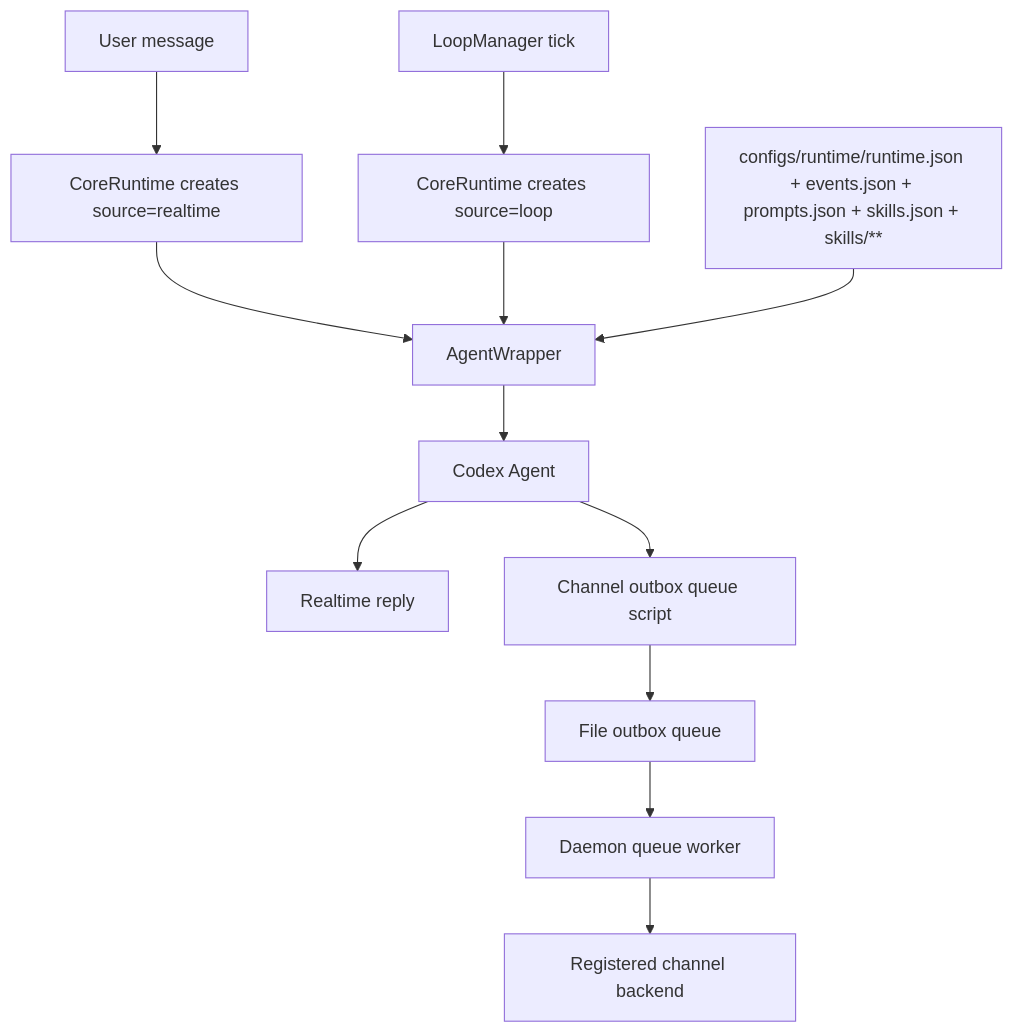
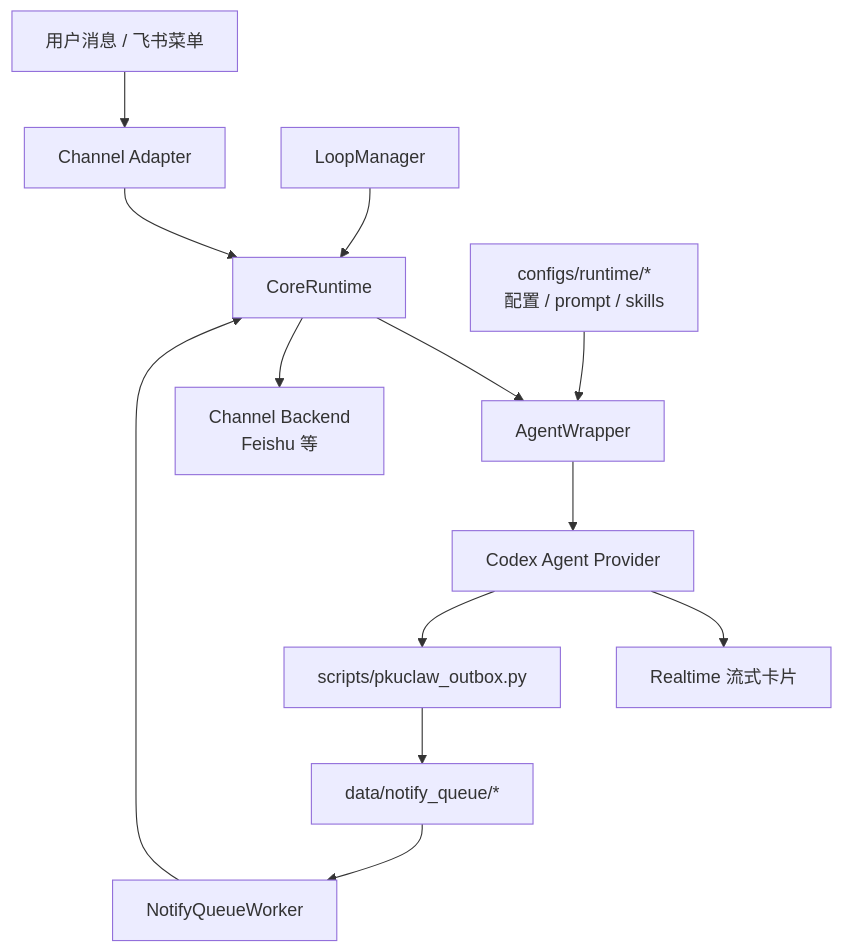
One commit to TheOne2006/PkuClaw changed the diagram in README.md. Above: the diagram before and after it, drawn with Mermaid. The commit also changed other lines of this file and 12 other files, not shown here.

````diff
--- a/README.md
+++ b/README.md
@@ -67,14 +32,15 @@
 ```mermaid
 flowchart TD
-  User[User message] --> Realtime[CoreRuntime creates source=realtime]
-  Scheduler[LoopManager tick] --> Loop[CoreRuntime creates source=loop]
-  Realtime --> Wrapper[AgentWrapper]
-  Loop --> Wrapper
-  RuntimeFiles[configs/runtime/runtime.json + events.json + prompts.json + skills.json + skills/**] --> Wrapper
-  Wrapper --> Agent[Codex Agent]
-  Agent --> Reply[Realtime reply]
-  Agent --> Script[Channel outbox queue script]
-  Script --> Queue[File outbox queue]
-  Queue --> Daemon[Daemon queue worker]
-  Daemon --> Channel[Registered channel backend]
+  User["用户消息 / 飞书菜单"] --> Channel["Channel Adapter"]
+  Channel --> Core["CoreRuntime"]
+  Scheduler["LoopManager"] --> Core
+  Core --> Wrapper["AgentWrapper"]
+  RuntimeFiles["configs/runtime/*\n配置 / prompt / skills"] --> Wrapper
+  Wrapper --> Provider["Codex Agent Provider"]
+  Provider --> Realtime["Realtime 流式卡片"]
+  Provider --> Outbox["scripts/pkuclaw_outbox.py"]
+  Outbox --> Queue["data/notify_queue/*"]
+  Queue --> Worker["NotifyQueueWorker"]
+  Worker --> Core
+  Core --> Backend["Channel Backend\nFeishu 等"]
 ```
````
